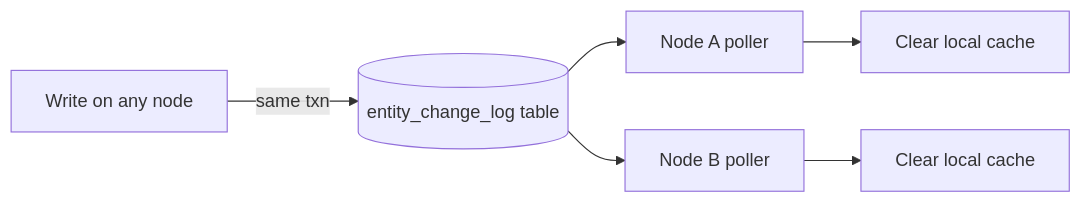
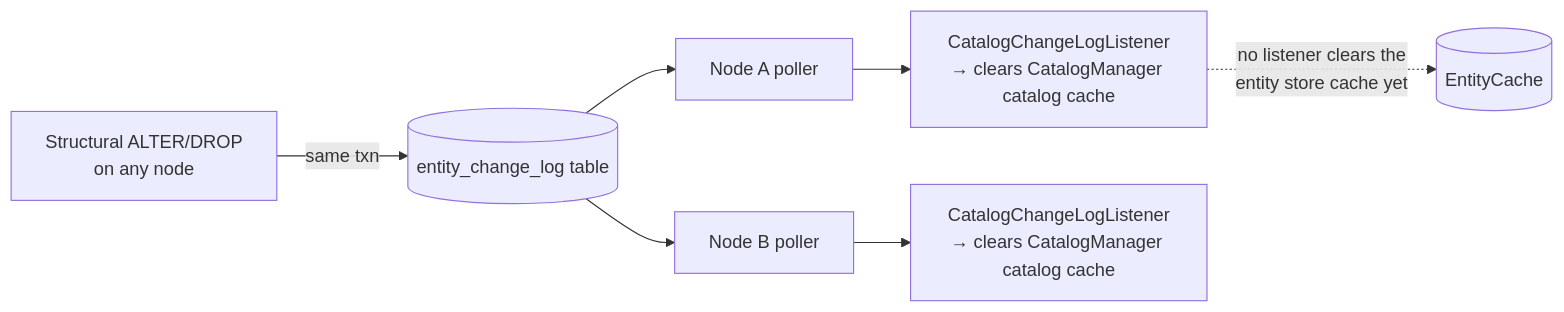
The first of 4 diagrams in design-docs/gravitino-entity-cache-multinode-changelog-design.md (apache/gravitino), drawn with Mermaid before and after one commit. The commit also changed other lines of this file and 2 other files, not shown here.

````diff
--- a/design-docs/gravitino-entity-cache-multinode-changelog-design.md
+++ b/design-docs/gravitino-entity-cache-multinode-changelog-design.md
@@ -32,8 +111,9 @@
 ```mermaid
 flowchart LR
-  A[Write on any node] -->|same txn| T[(entity_change_log table)]
+  A[Structural ALTER/DROP<br/>on any node] -->|same txn| T[(entity_change_log table)]
   T --> P1[Node A poller]
   T --> P2[Node B poller]
-  P1 --> C1[Clear local cache]
-  P2 --> C2[Clear local cache]
+  P1 --> C1[CatalogChangeLogListener<br/>→ clears CatalogManager catalog cache]
+  P2 --> C2[CatalogChangeLogListener<br/>→ clears CatalogManager catalog cache]
+  C1 -. no listener clears the<br/>entity store cache yet .-> X[(EntityCache)]
 ```
````
